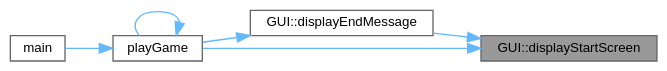
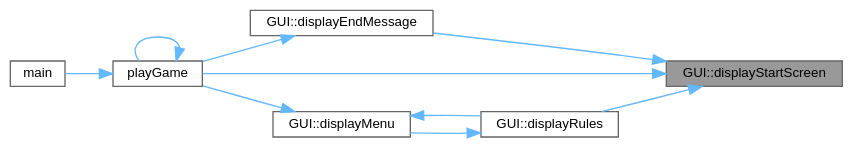
The diagram in class_g_u_i_a0dc53c5a6daa0f01b57c4d4731b4d933_icgraph.dot (jesstyrrell/cosc345), drawn with Graphviz before and after one commit. The commit also changed 144 other files, not shown here.

```diff
--- a/class_g_u_i_a0dc53c5a6daa0f01b57c4d4731b4d933_icgraph.dot
+++ b/class_g_u_i_a0dc53c5a6daa0f01b57c4d4731b4d933_icgraph.dot
@@ -1,18 +1,24 @@
 digraph "GUI::displayStartScreen"
 {
  // INTERACTIVE_SVG=YES
  // LATEX_PDF_SIZE
   bgcolor="transparent";
   edge [fontname=Helvetica,fontsize=10,labelfontname=Helvetica,labelfontsize=10];
   node [fontname=Helvetica,fontsize=10,shape=box,height=0.2,width=0.4];
   rankdir="RL";
   Node1 [id="Node000001",label="GUI::displayStartScreen",height=0.2,width=0.4,color="gray40", fillcolor="grey60", style="filled", fontcolor="black",tooltip="Displays the start screen of the game."];
   Node1 -> Node2 [id="edge1_Node000001_Node000002",dir="back",color="steelblue1",style="solid",tooltip=" "];
   Node2 [id="Node000002",label="GUI::displayEndMessage",height=0.2,width=0.4,color="grey40", fillcolor="white", style="filled",URL="$class_g_u_i.html#a663dad721796a4f367c2534e1901fc97",tooltip="Displays the end message when the game is over."];
   Node2 -> Node3 [id="edge2_Node000002_Node000003",dir="back",color="steelblue1",style="solid",tooltip=" "];
   Node3 [id="Node000003",label="playGame",height=0.2,width=0.4,color="grey40", fillcolor="white", style="filled",URL="$main_8cpp.html#a4cbfdb17bf51e00546880626f7e80429",tooltip=" "];
   Node3 -> Node4 [id="edge3_Node000003_Node000004",dir="back",color="steelblue1",style="solid",tooltip=" "];
   Node4 [id="Node000004",label="main",height=0.2,width=0.4,color="grey40", fillcolor="white", style="filled",URL="$main_8cpp.html#a0ddf1224851353fc92bfbff6f499fa97",tooltip=" "];
   Node3 -> Node3 [id="edge4_Node000003_Node000003",dir="back",color="steelblue1",style="solid",tooltip=" "];
-  Node1 -> Node3 [id="edge5_Node000001_Node000003",dir="back",color="steelblue1",style="solid",tooltip=" "];
+  Node1 -> Node5 [id="edge5_Node000001_Node000005",dir="back",color="steelblue1",style="solid",tooltip=" "];
+  Node5 [id="Node000005",label="GUI::displayRules",height=0.2,width=0.4,color="grey40", fillcolor="white", style="filled",URL="$class_g_u_i.html#aa89e71ae5dec1f83fefbc36147f2ae8d",tooltip=" "];
+  Node5 -> Node6 [id="edge6_Node000005_Node000006",dir="back",color="steelblue1",style="solid",tooltip=" "];
+  Node6 [id="Node000006",label="GUI::displayMenu",height=0.2,width=0.4,color="grey40", fillcolor="white", style="filled",URL="$class_g_u_i.html#a48d92746fefe3c11de167dcddc22346f",tooltip="Displays the main menu of the game."];
+  Node6 -> Node5 [id="edge7_Node000006_Node000005",dir="back",color="steelblue1",style="solid",tooltip=" "];
+  Node6 -> Node3 [id="edge8_Node000006_Node000003",dir="back",color="steelblue1",style="solid",tooltip=" "];
+  Node1 -> Node3 [id="edge9_Node000001_Node000003",dir="back",color="steelblue1",style="solid",tooltip=" "];
 }
```
